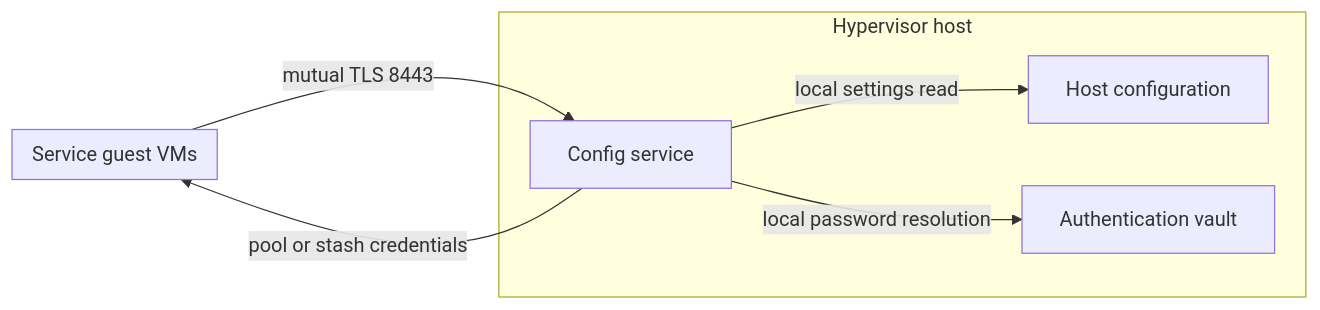
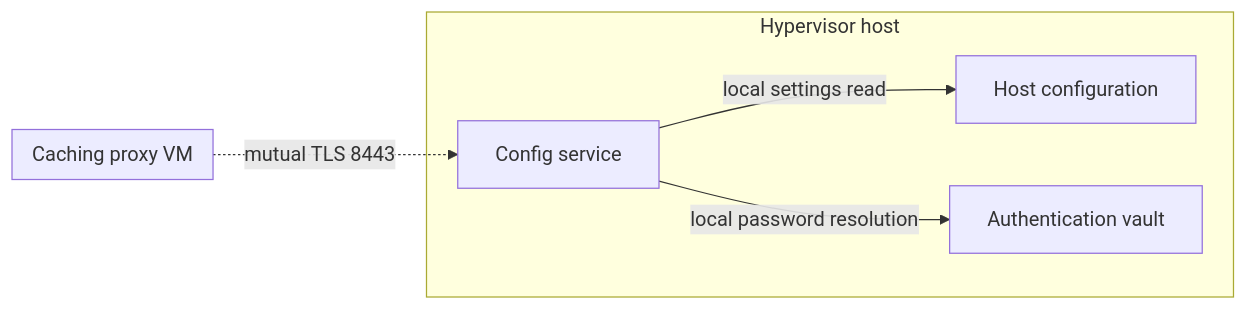
The sixth of 9 diagrams in docs/design/06-deployment.md (alissonsol/yuruna), drawn with Mermaid before and after one commit. The commit also changed other lines of this file and 1371 other files, not shown here.

````diff
--- a/docs/design/06-deployment.md
+++ b/docs/design/06-deployment.md
@@ -184,14 +249,14 @@
 ```mermaid
 flowchart LR
-    subgraph guest["Service guest VMs"]
+    subgraph caching-proxy-service["Caching proxy VM"]
     end
     subgraph host["Hypervisor host"]
         start-config-service-ps1["Config service"]
         test-config-yml["Host configuration"]
         authentication["Authentication vault"]
     end
-    guest -->|mutual TLS 8443| start-config-service-ps1
+    %% optional: enabled ConfigService and configured pool replication.
+    caching-proxy-service -.->|mutual TLS 8443| start-config-service-ps1
     start-config-service-ps1 -->|local settings read| test-config-yml
     start-config-service-ps1 -->|local password resolution| authentication
-    start-config-service-ps1 -->|pool or stash credentials| guest
 ```
````
